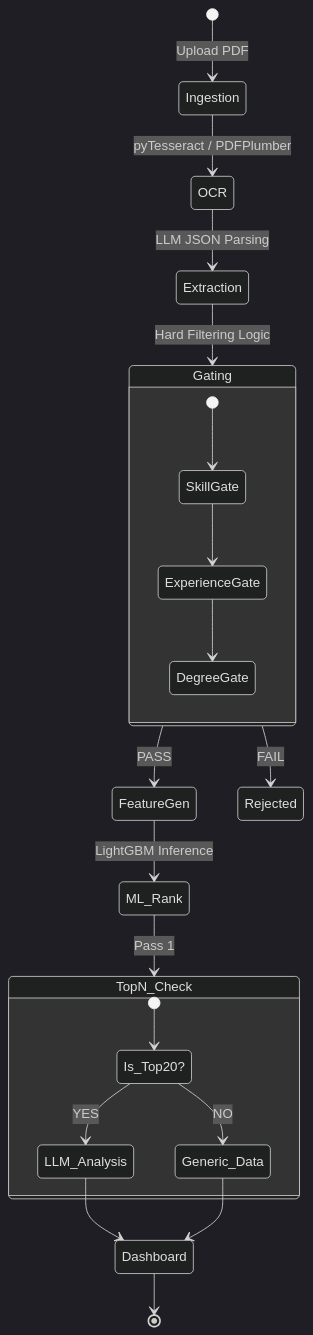
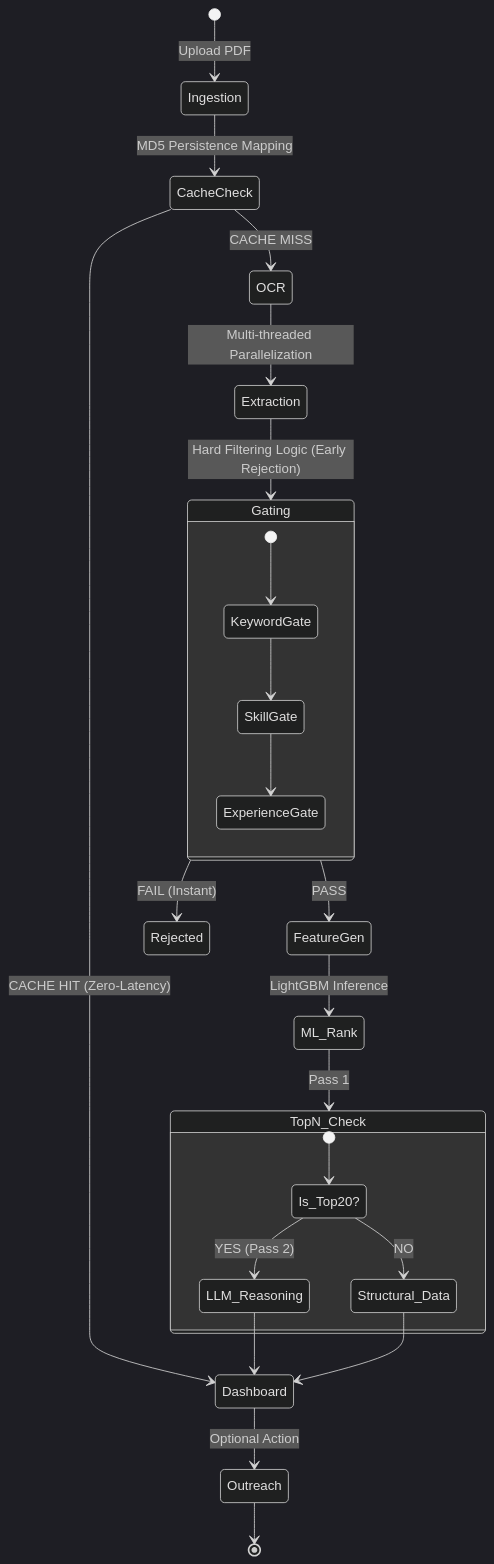
The third of 5 diagrams in README.md (anshul4510/RecruitIQ), drawn with Mermaid (dark theme) before and after one commit. The commit also changed other lines of this file and 3 other files, not shown here.

````diff
--- a/README.md
+++ b/README.md
@@ -85,29 +99,34 @@
 ```mermaid
 stateDiagram-v2
     [*] --> Ingestion: Upload PDF
-    Ingestion --> OCR: pyTesseract / PDFPlumber
-    OCR --> Extraction: LLM JSON Parsing
-    Extraction --> Gating: Hard Filtering Logic
+    Ingestion --> CacheCheck: MD5 Persistence Mapping
+    
+    CacheCheck --> Dashboard: CACHE HIT (Zero-Latency)
+    CacheCheck --> OCR: CACHE MISS
+    
+    OCR --> Extraction: Multi-threaded Parallelization
+    Extraction --> Gating: Hard Filtering Logic (Early Rejection)
     
     state Gating {
-        [*] --> SkillGate
+        [*] --> KeywordGate
+        KeywordGate --> SkillGate
         SkillGate --> ExperienceGate
-        ExperienceGate --> DegreeGate
     }
     
     Gating --> FeatureGen: PASS
-    Gating --> Rejected: FAIL
+    Gating --> Rejected: FAIL (Instant)
     
     FeatureGen --> ML_Rank: LightGBM Inference
     ML_Rank --> TopN_Check: Pass 1
     
     state TopN_Check {
         [*] --> Is_Top20?
-        Is_Top20? --> LLM_Analysis: YES
-        Is_Top20? --> Generic_Data: NO
+        Is_Top20? --> LLM_Reasoning: YES (Pass 2)
+        Is_Top20? --> Structural_Data: NO
     }
     
-    LLM_Analysis --> Dashboard
-    Generic_Data --> Dashboard
-    Dashboard --> [*]
+    LLM_Reasoning --> Dashboard
+    Structural_Data --> Dashboard
+    Dashboard --> Outreach: Optional Action
+    Outreach --> [*]
 ```
````
